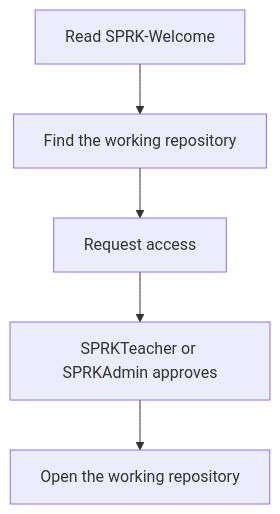
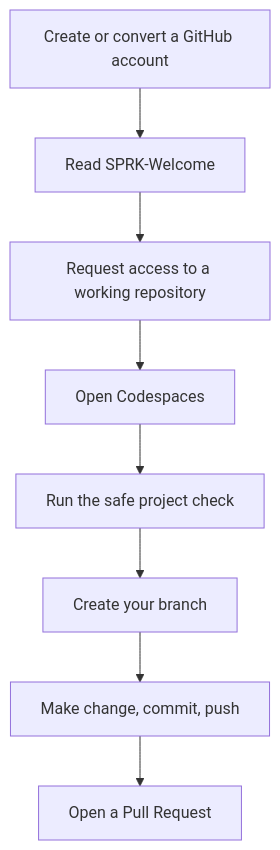
One commit to Mr-PI-Bala/SPRK-Welcome changed the diagram in docs/USER_GUIDE.md. Above: the diagram before and after it, drawn with Mermaid. The commit also changed other lines of this file and 7 other files, not shown here.

````diff
--- a/docs/USER_GUIDE.md
+++ b/docs/USER_GUIDE.md
@@ -70,7 +60,10 @@
 ```mermaid
 flowchart TD
-    A[Read SPRK-Welcome] --> B[Find the working repository]
-    B --> C[Request access]
-    C --> D[SPRKTeacher or SPRKAdmin approves]
-    D --> E[Open the working repository]
+    A[Create or convert a GitHub account] --> B[Read SPRK-Welcome]
+    B --> C[Request access to a working repository]
+    C --> D[Open Codespaces]
+    D --> E[Run the safe project check]
+    E --> F[Create your branch]
+    F --> G[Make change, commit, push]
+    G --> H[Open a Pull Request]
 ```
````
